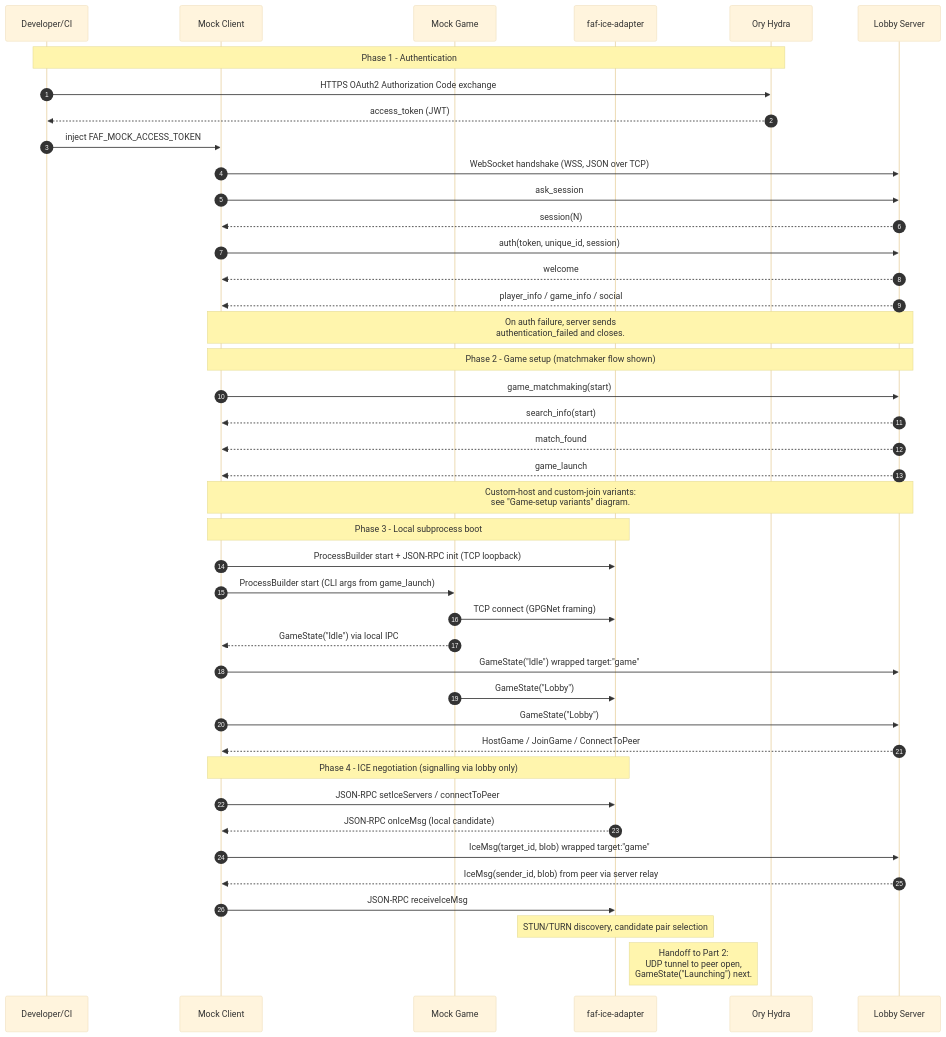
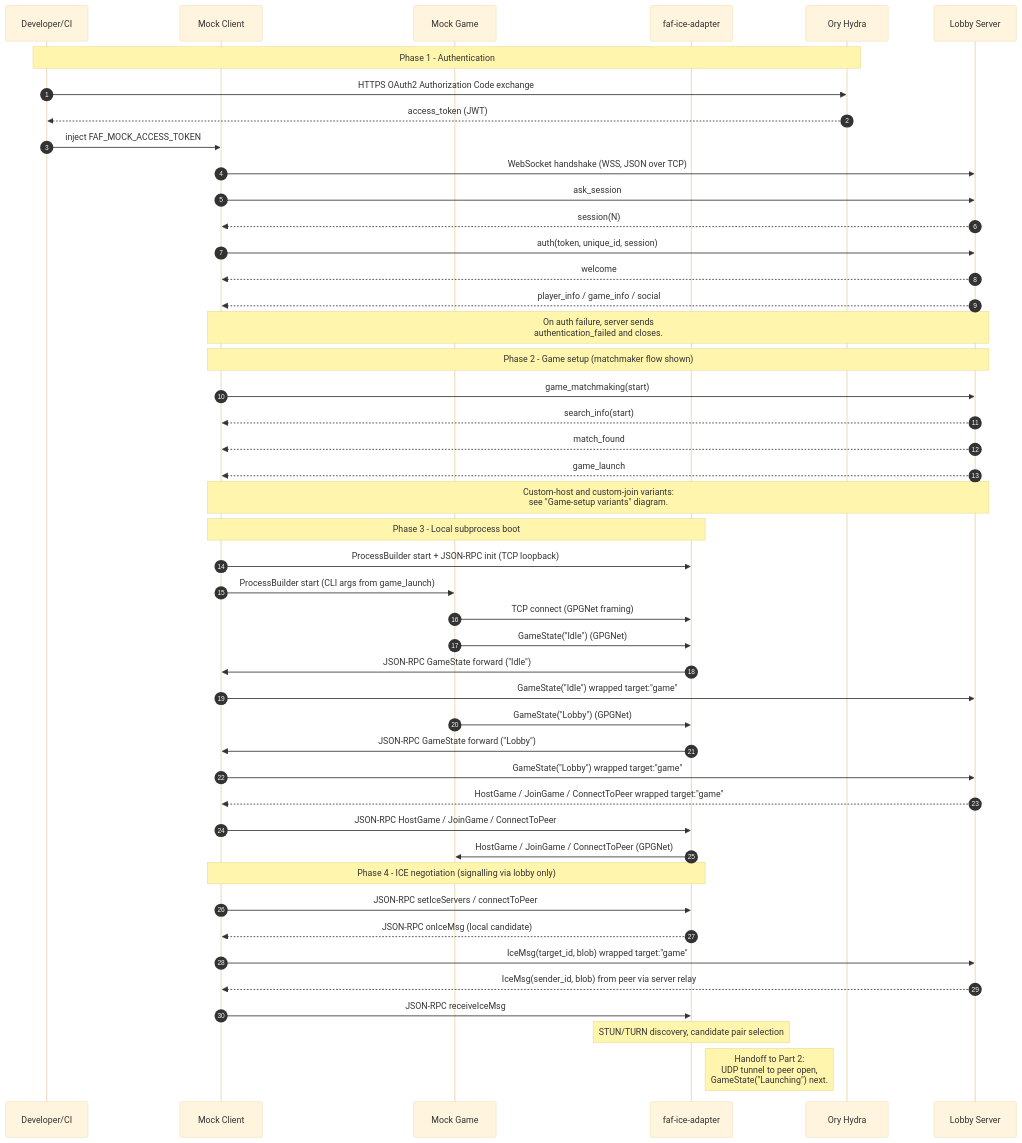
Before and after one commit to md-173/faf-test-harness: the first of 3 diagrams in documentation/diagrams/sequence-full-session.md, drawn with Mermaid (base theme). The commit also changed other lines of this file and 2 other files, not shown here.

Commit message:
docs: address peer review feedback for component diagrams

````diff
--- a/documentation/diagrams/sequence-full-session.md
+++ b/documentation/diagrams/sequence-full-session.md
@@ -27,49 +27,53 @@
 ```mermaid
 sequenceDiagram
     autonumber
     participant Dev as Developer/CI
     participant MC as Mock Client
     participant MG as Mock Game
     participant IA as faf-ice-adapter
     participant Hydra as Ory Hydra
     participant LS as Lobby Server
 
     Note over Dev,Hydra: Phase 1 - Authentication
     Dev->>Hydra: HTTPS OAuth2 Authorization Code exchange
     Hydra-->>Dev: access_token (JWT)
     Dev->>MC: inject FAF_MOCK_ACCESS_TOKEN
 
     MC->>LS: WebSocket handshake (WSS, JSON over TCP)
     MC->>LS: ask_session
     LS-->>MC: session(N)
     MC->>LS: auth(token, unique_id, session)
     LS-->>MC: welcome
     LS-->>MC: player_info / game_info / social
     Note over MC,LS: On auth failure, server sends<br/>authentication_failed and closes.
 
     Note over MC,LS: Phase 2 - Game setup (matchmaker flow shown)
     MC->>LS: game_matchmaking(start)
     LS-->>MC: search_info(start)
     LS-->>MC: match_found
     LS-->>MC: game_launch
     Note over MC,LS: Custom-host and custom-join variants:<br/>see "Game-setup variants" diagram.
 
     Note over MC,IA: Phase 3 - Local subprocess boot
     MC->>IA: ProcessBuilder start + JSON-RPC init (TCP loopback)
     MC->>MG: ProcessBuilder start (CLI args from game_launch)
-    MG->>IA: TCP connect (GPGNet framing)
-    MG-->>MC: GameState("Idle") via local IPC
+        MG->>IA: TCP connect (GPGNet framing)
+    MG->>IA: GameState("Idle") (GPGNet)
+    IA->>MC: JSON-RPC GameState forward ("Idle")
     MC->>LS: GameState("Idle") wrapped target:"game"
-    MG->>IA: GameState("Lobby")
-    MC->>LS: GameState("Lobby")
-    LS-->>MC: HostGame / JoinGame / ConnectToPeer
+    MG->>IA: GameState("Lobby") (GPGNet)
+    IA->>MC: JSON-RPC GameState forward ("Lobby")
+    MC->>LS: GameState("Lobby") wrapped target:"game"
+    LS-->>MC: HostGame / JoinGame / ConnectToPeer wrapped target:"game"
+    MC->>IA: JSON-RPC HostGame / JoinGame / ConnectToPeer
+    IA->>MG: HostGame / JoinGame / ConnectToPeer (GPGNet)
 
     Note over MC,IA: Phase 4 - ICE negotiation (signalling via lobby only)
     MC->>IA: JSON-RPC setIceServers / connectToPeer
     IA-->>MC: JSON-RPC onIceMsg (local candidate)
     MC->>LS: IceMsg(target_id, blob) wrapped target:"game"
     LS-->>MC: IceMsg(sender_id, blob) from peer via server relay
     MC->>IA: JSON-RPC receiveIceMsg
     Note over IA: STUN/TURN discovery, candidate pair selection
     Note right of IA: Handoff to Part 2:<br/>UDP tunnel to peer open,<br/>GameState("Launching") next.
 ```
````
